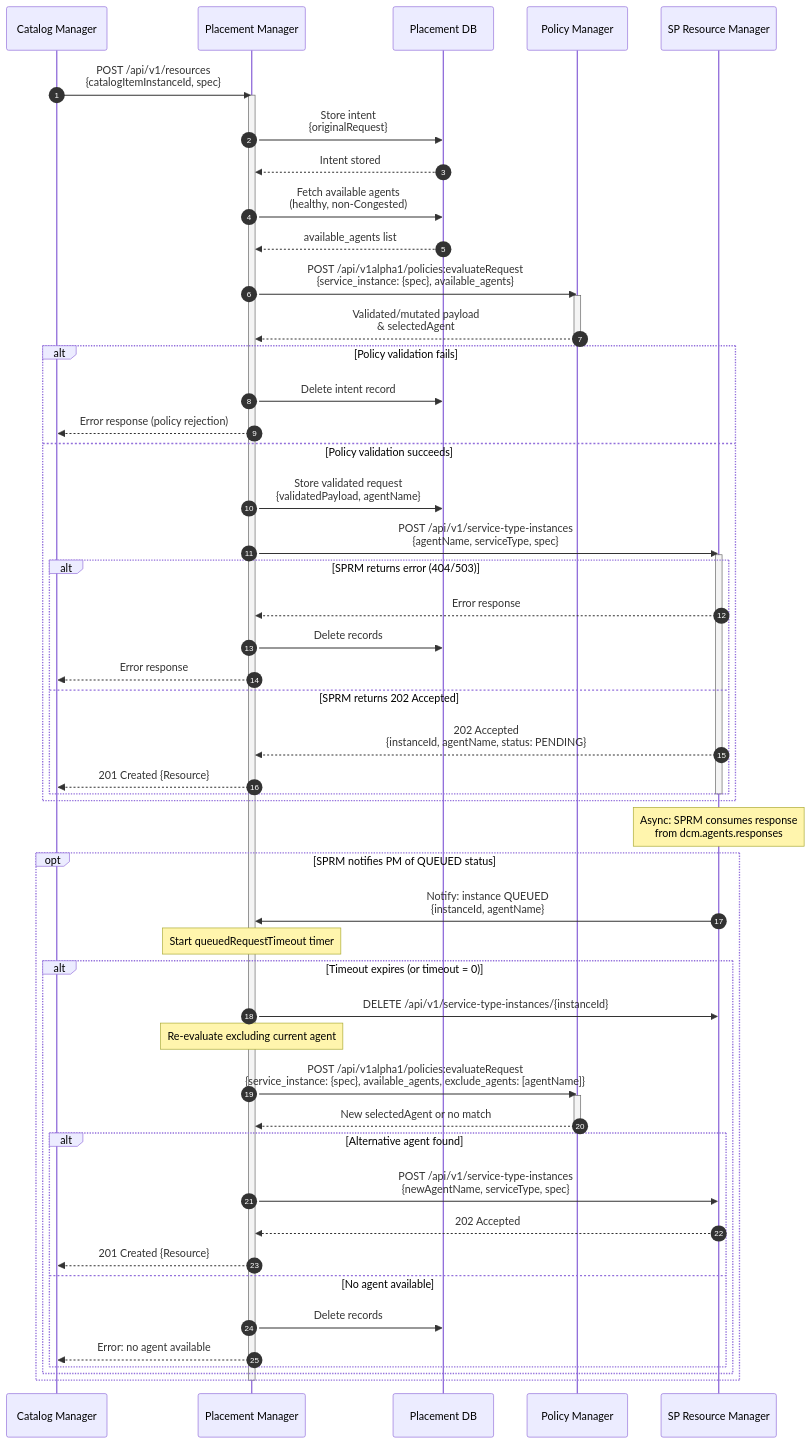
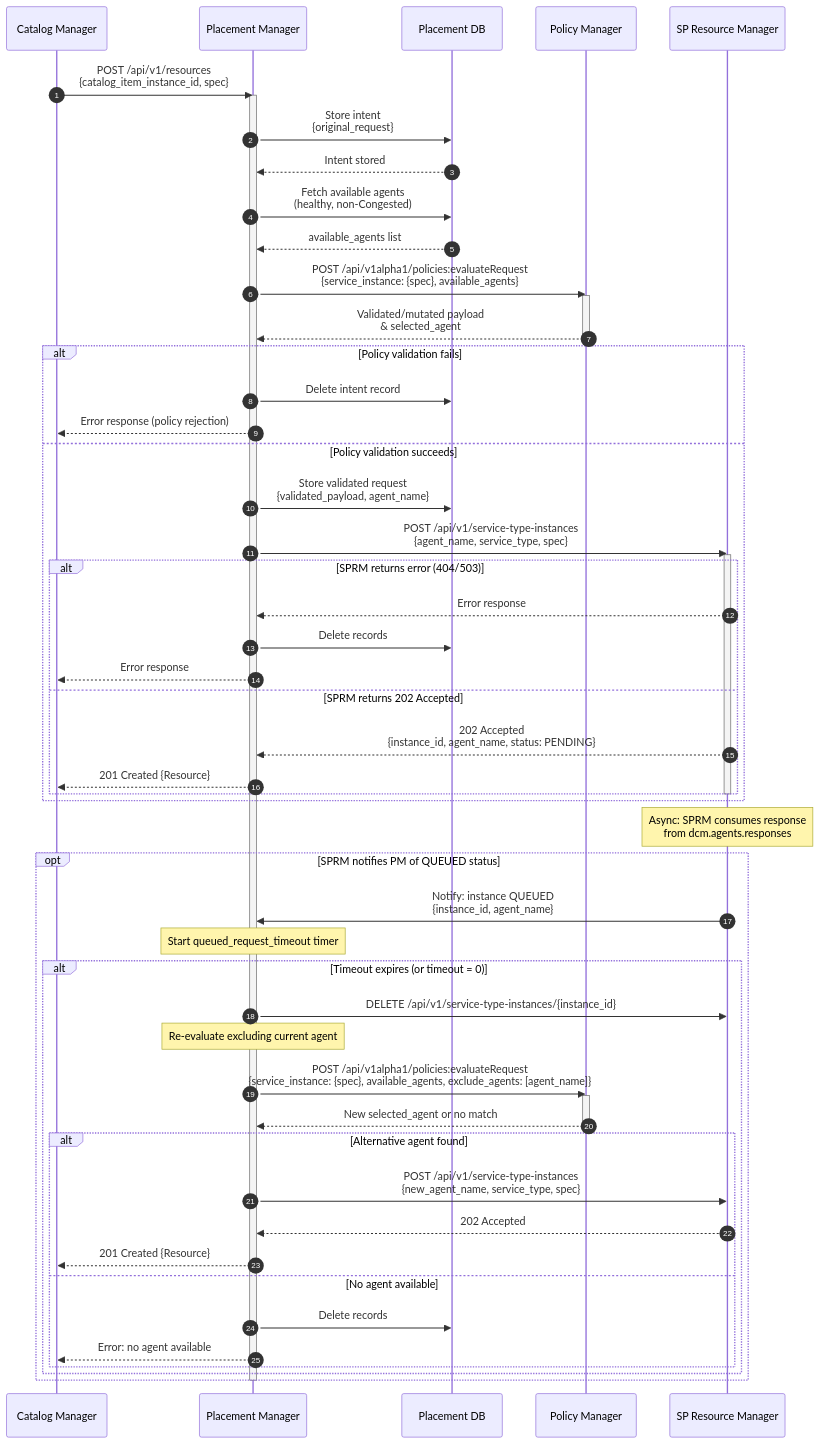
One commit to dcm-project/enhancements changed the second of 3 diagrams in enhancements/placement-manager/placement-manager.md. Above: the diagram before and after it, drawn with Mermaid. The commit also changed other lines of this file and 19 other files, not shown here.

````diff
--- a/enhancements/placement-manager/placement-manager.md
+++ b/enhancements/placement-manager/placement-manager.md
@@ -330,73 +330,73 @@
 ```mermaid
 sequenceDiagram
     autonumber
     participant CM as Catalog Manager
     participant PM as Placement Manager
     participant DB as Placement DB
     participant PE as Policy Manager
     participant SPRM as SP Resource Manager
 
-    CM->>PM: POST /api/v1/resources<br/>{catalogItemInstanceId, spec}
+    CM->>PM: POST /api/v1/resources<br/>{catalog_item_instance_id, spec}
     activate PM
 
-    PM->>DB: Store intent<br/>{originalRequest}
+    PM->>DB: Store intent<br/>{original_request}
     DB-->>PM: Intent stored
 
     PM->>DB: Fetch available agents<br/>(healthy, non-Congested)
     DB-->>PM: available_agents list
 
     PM->>PE: POST /api/v1alpha1/policies:evaluateRequest<br/>{service_instance: {spec}, available_agents}
     activate PE
 
-    PE-->>PM: Validated/mutated payload<br/>& selectedAgent
+    PE-->>PM: Validated/mutated payload<br/>& selected_agent
     deactivate PE
 
     alt Policy validation fails
         PM->>DB: Delete intent record
         PM-->>CM: Error response (policy rejection)
     else Policy validation succeeds
 
-        PM->>DB: Store validated request<br/>{validatedPayload, agentName}
+        PM->>DB: Store validated request<br/>{validated_payload, agent_name}
 
-        PM->>SPRM: POST /api/v1/service-type-instances<br/>{agentName, serviceType, spec}
+        PM->>SPRM: POST /api/v1/service-type-instances<br/>{agent_name, service_type, spec}
         activate SPRM
 
         alt SPRM returns error (404/503)
             SPRM-->>PM: Error response
             PM->>DB: Delete records
             PM-->>CM: Error response
 
         else SPRM returns 202 Accepted
-            SPRM-->>PM: 202 Accepted<br/>{instanceId, agentName, status: PENDING}
+            SPRM-->>PM: 202 Accepted<br/>{instance_id, agent_name, status: PENDING}
             PM-->>CM: 201 Created {Resource}
         end
         deactivate SPRM
     end
 
     Note over SPRM: Async: SPRM consumes response<br/>from dcm.agents.responses
 
     opt SPRM notifies PM of QUEUED status
-        SPRM->>PM: Notify: instance QUEUED<br/>{instanceId, agentName}
-        Note over PM: Start queuedRequestTimeout timer
+        SPRM->>PM: Notify: instance QUEUED<br/>{instance_id, agent_name}
+        Note over PM: Start queued_request_timeout timer
 
         alt Timeout expires (or timeout = 0)
-            PM->>SPRM: DELETE /api/v1/service-type-instances/{instanceId}
+            PM->>SPRM: DELETE /api/v1/service-type-instances/{instance_id}
             Note over PM: Re-evaluate excluding current agent
 
-            PM->>PE: POST /api/v1alpha1/policies:evaluateRequest<br/>{service_instance: {spec}, available_agents, exclude_agents: [agentName]}
+            PM->>PE: POST /api/v1alpha1/policies:evaluateRequest<br/>{service_instance: {spec}, available_agents, exclude_agents: [agent_name]}
             activate PE
-            PE-->>PM: New selectedAgent or no match
+            PE-->>PM: New selected_agent or no match
             deactivate PE
 
             alt Alternative agent found
-                PM->>SPRM: POST /api/v1/service-type-instances<br/>{newAgentName, serviceType, spec}
+                PM->>SPRM: POST /api/v1/service-type-instances<br/>{new_agent_name, service_type, spec}
                 SPRM-->>PM: 202 Accepted
                 PM-->>CM: 201 Created {Resource}
             else No agent available
                 PM->>DB: Delete records
                 PM-->>CM: Error: no agent available
             end
         end
     end
     deactivate PM
 ```
````
